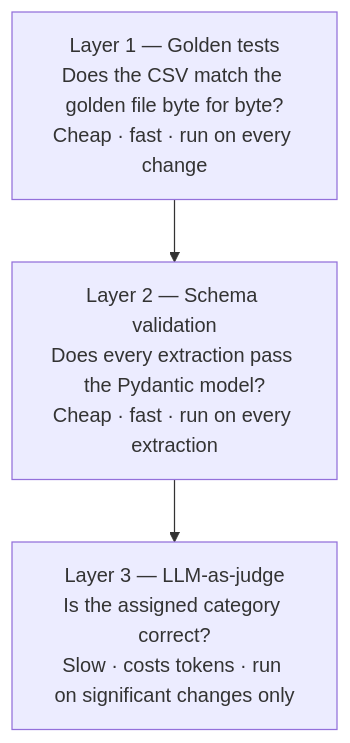
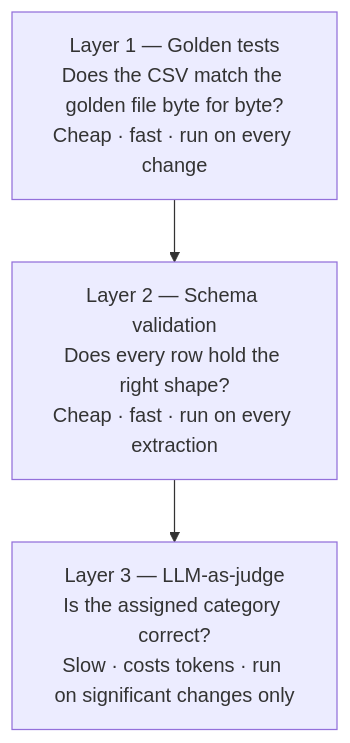
The first of 2 diagrams in resources/eval-harness.md (agentechnic/getting-real-with-claude-code), drawn with Mermaid before and after one commit. The commit also changed other lines of this file and 24 other files, not shown here.

````diff
--- a/resources/eval-harness.md
+++ b/resources/eval-harness.md
@@ -11,7 +11,7 @@
 ```mermaid
 flowchart TD
     L1["Layer 1 — Golden tests\nDoes the CSV match the golden file byte for byte?\nCheap · fast · run on every change"]
-    L2["Layer 2 — Schema validation\nDoes every extraction pass the Pydantic model?\nCheap · fast · run on every extraction"]
+    L2["Layer 2 — Schema validation\nDoes every row hold the right shape?\nCheap · fast · run on every extraction"]
     L3["Layer 3 — LLM-as-judge\nIs the assigned category correct?\nSlow · costs tokens · run on significant changes only"]
     L1 --> L2 --> L3
 ```
````
